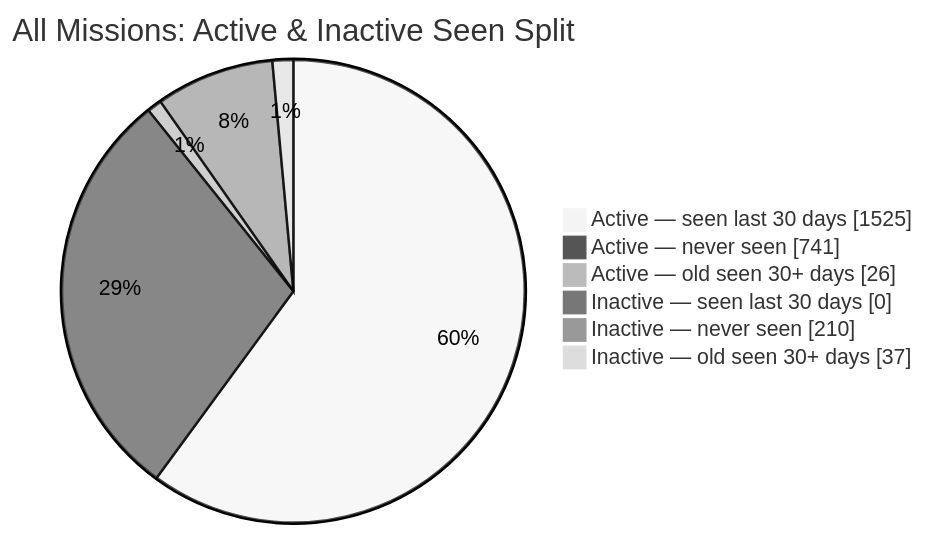
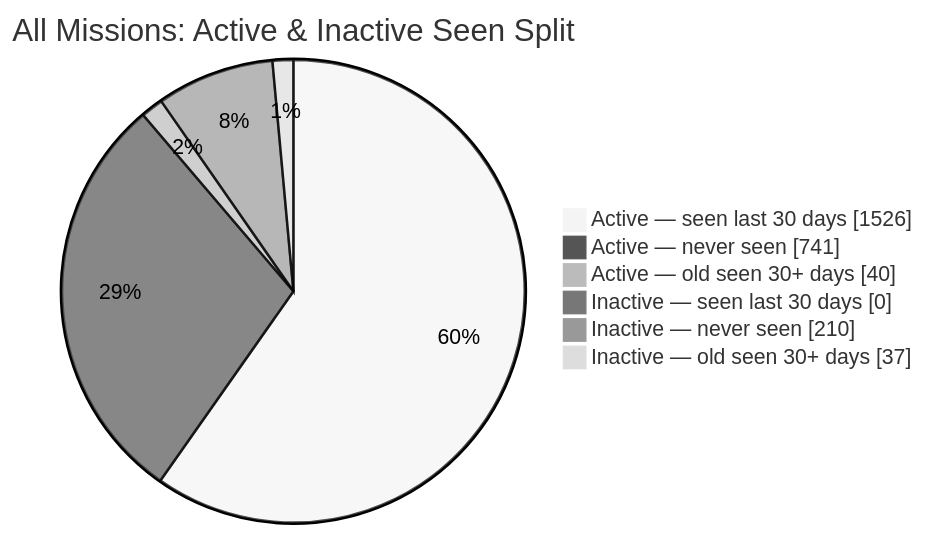
The second of 2 diagrams in README.md (MeldkamerspelGameTeam/active-missions), drawn with Mermaid (neutral theme) before and after one commit. The commit also changed other lines of this file and 4 other files, not shown here.

````diff
--- a/README.md
+++ b/README.md
@@ -44,10 +44,10 @@
 ```mermaid
 pie showData
     title All Missions: Active & Inactive Seen Split
-    "Active — seen last 30 days" : 1525
+    "Active — seen last 30 days" : 1526
     "Active — never seen" : 741
-    "Active — old seen 30+ days" : 26
+    "Active — old seen 30+ days" : 40
     "Inactive — seen last 30 days" : 0
     "Inactive — never seen" : 210
     "Inactive — old seen 30+ days" : 37
 ```
````
